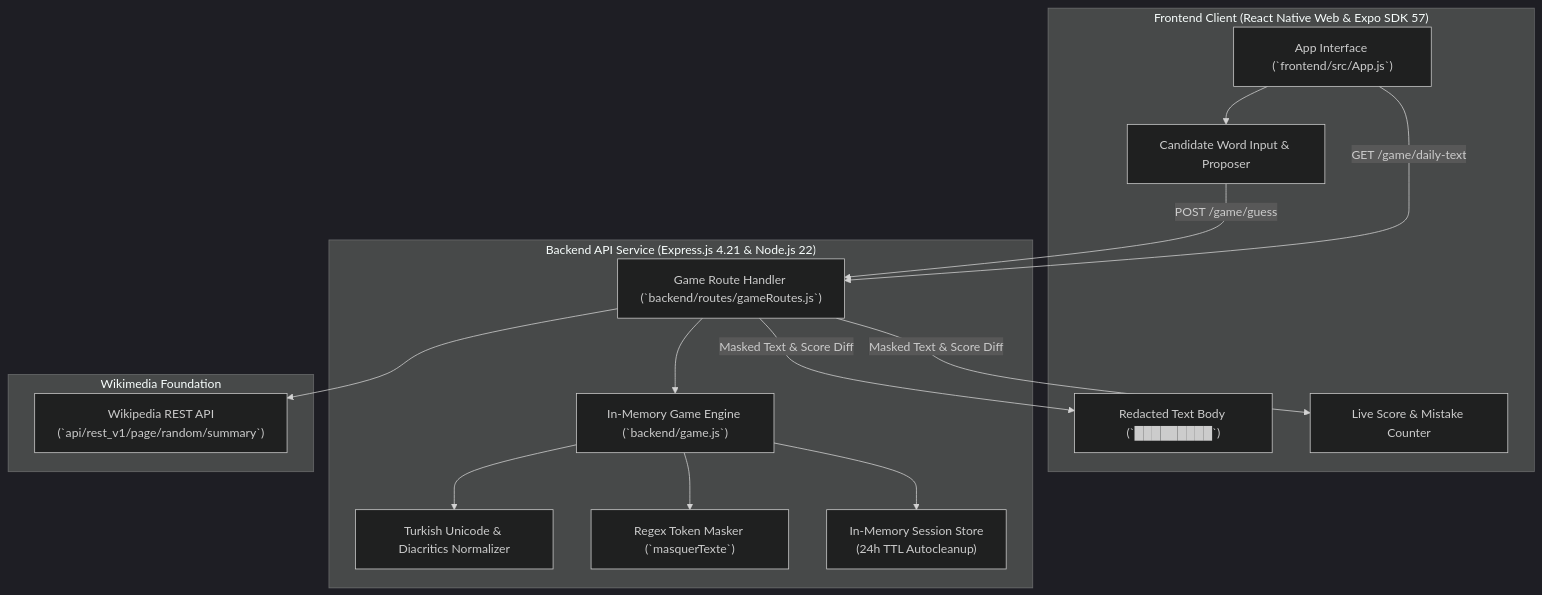
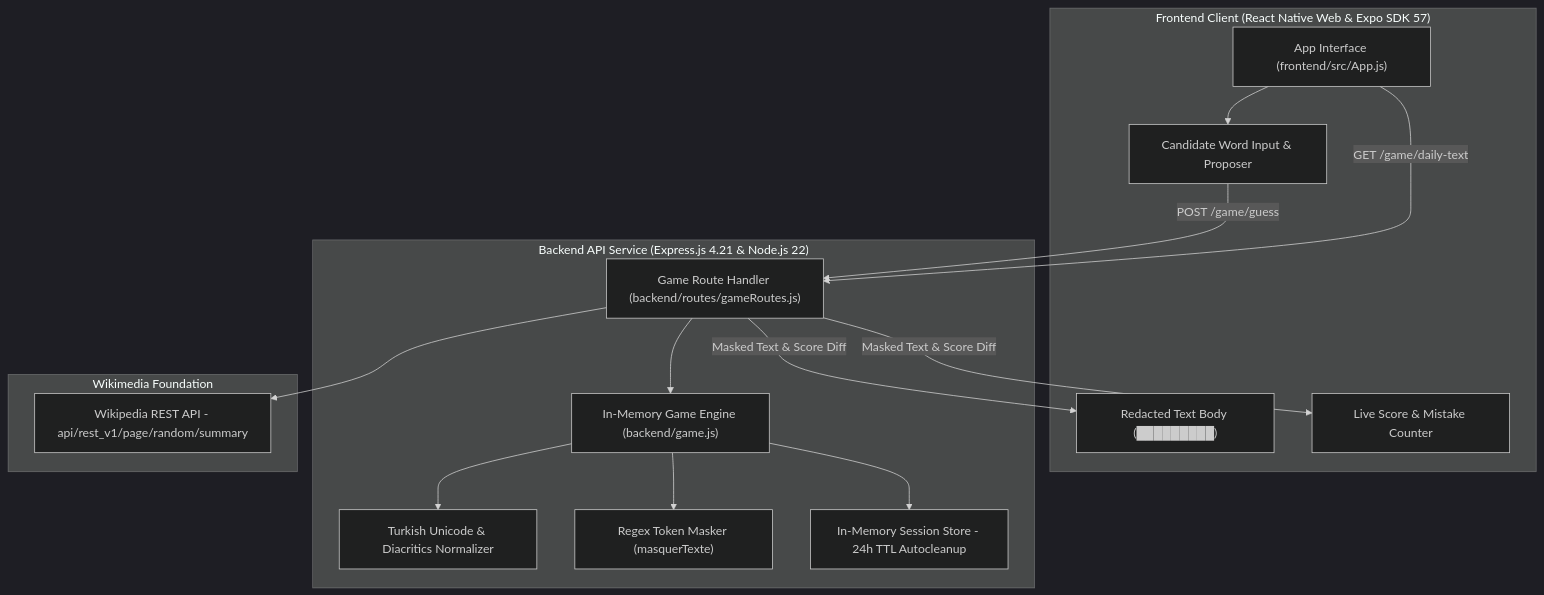
Before and after one commit to Emincanozen/wikibulya: the diagram in README.md, drawn with Mermaid (dark theme).

Commit message:
fix(docs): remove backticks and clean labels in Mermaid architecture diagram

````diff
--- a/README.md
+++ b/README.md
@@ -71,31 +71,31 @@
 ```mermaid
 flowchart TD
     subgraph Client_Layer["Frontend Client (React Native Web & Expo SDK 57)"]
-        UI["App Interface (`frontend/src/App.js`)"]
+        UI["App Interface (frontend/src/App.js)"]
         Input["Candidate Word Input & Proposer"]
-        Card["Redacted Text Body (`█████████`)"]
+        Card["Redacted Text Body (█████████)"]
         Score["Live Score & Mistake Counter"]
     end
 
     subgraph Server_Layer["Backend API Service (Express.js 4.21 & Node.js 22)"]
-        Router["Game Route Handler (`backend/routes/gameRoutes.js`)"]
-        Engine["In-Memory Game Engine (`backend/game.js`)"]
+        Router["Game Route Handler (backend/routes/gameRoutes.js)"]
+        Engine["In-Memory Game Engine (backend/game.js)"]
         Normalizer["Turkish Unicode & Diacritics Normalizer"]
-        Masker["Regex Token Masker (`masquerTexte`)"]
-        SessionStore["In-Memory Session Store<br/>(24h TTL Autocleanup)"]
+        Masker["Regex Token Masker (masquerTexte)"]
+        SessionStore["In-Memory Session Store - 24h TTL Autocleanup"]
     end
 
     subgraph External_API["Wikimedia Foundation"]
-        Wiki["Wikipedia REST API<br/>(`api/rest_v1/page/random/summary`)"]
+        Wiki["Wikipedia REST API - api/rest_v1/page/random/summary"]
     end
 
     UI --> Input
     Input -->|POST /game/guess| Router
     UI -->|GET /game/daily-text| Router
     Router --> Wiki
     Router --> Engine
     Engine --> Normalizer
     Engine --> Masker
     Engine --> SessionStore
     Router -->|Masked Text & Score Diff| Card & Score
 ```
````
